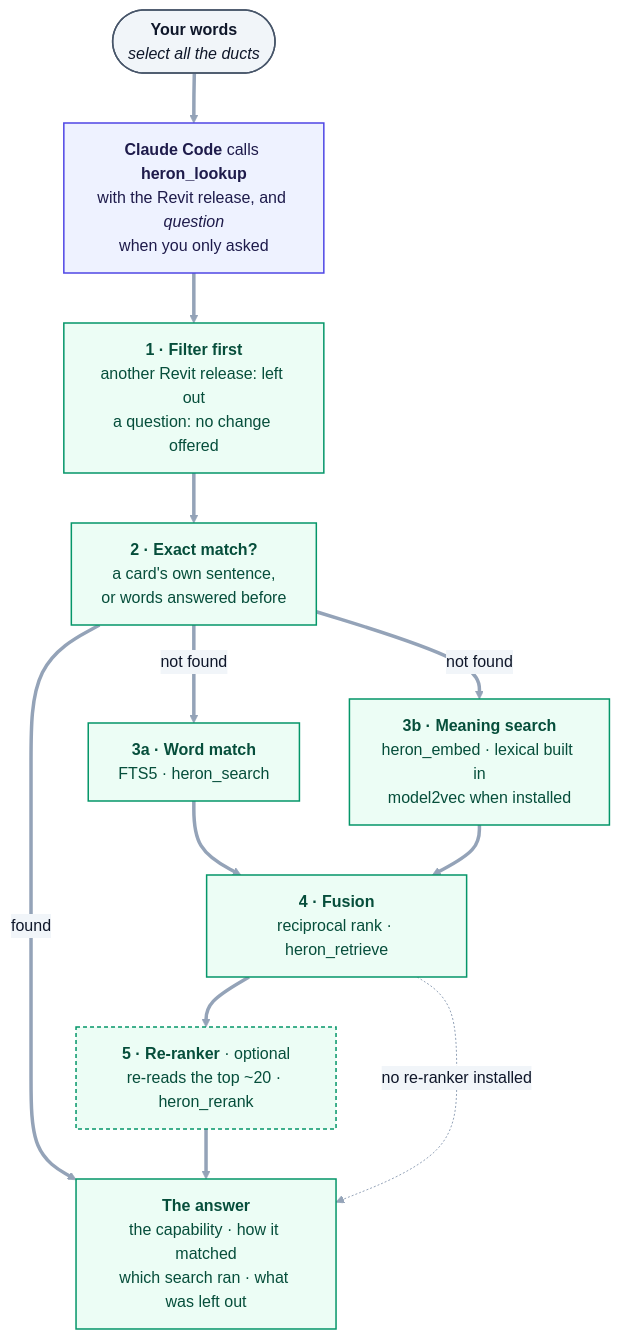
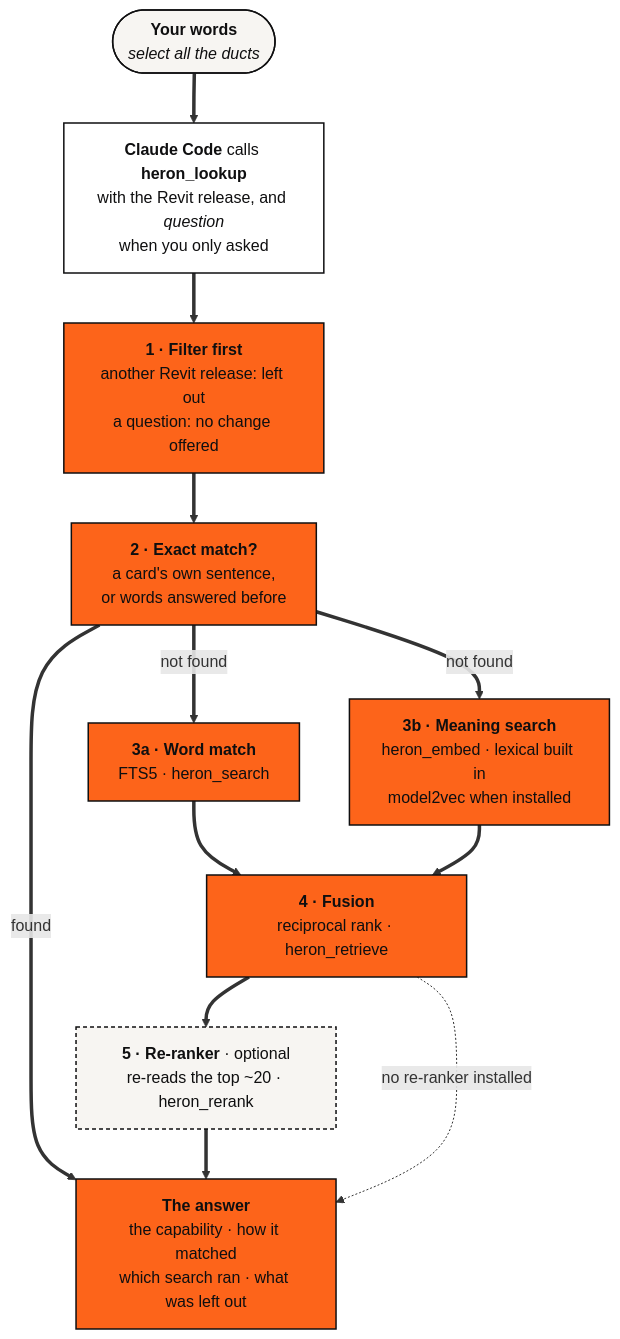
Before and after one commit to Ajmalpshaik/Heron-AI: the second of 2 diagrams in docs/05-heron-brain.md, drawn with Mermaid. The commit also changed other lines of this file and 44 other files, not shown here.

First line of the commit message:
Diagrams in the other docs move to the brand palette (D-149, #1116)

````diff
--- a/docs/05-heron-brain.md
+++ b/docs/05-heron-brain.md
@@ -145,30 +144,29 @@
 ```mermaid
-%%{init: {"themeVariables": {"edgeLabelBackground":"#F1F5F9","lineColor":"#94A3B8","textColor":"#0F172A","tertiaryTextColor":"#0F172A"}}}%%
 flowchart TD
     W(["<b>Your words</b><br/><i>select all the ducts</i>"])
     CC["<b>Claude Code</b> calls <b>heron_lookup</b><br/>with the Revit release, and <i>question</i><br/>when you only asked"]
     F["<b>1 · Filter first</b><br/>another Revit release: left out<br/>a question: no change offered"]
     X["<b>2 · Exact match?</b><br/>a card's own sentence,<br/>or words answered before"]
     KW["<b>3a · Word match</b><br/>FTS5 · heron_search"]
     MN["<b>3b · Meaning search</b><br/>heron_embed · lexical built in<br/>model2vec when installed"]
     FU["<b>4 · Fusion</b><br/>reciprocal rank · heron_retrieve"]
     RR["<b>5 · Re-ranker</b> · optional<br/>re-reads the top ~20 · heron_rerank"]
     AN["<b>The answer</b><br/>the capability · how it matched<br/>which search ran · what was left out"]
 
     W ==> CC ==> F ==> X
     X ==>|found| AN
     X ==>|not found| KW & MN
     KW ==> FU
     MN ==> FU
     FU ==> RR ==> AN
     FU -.->|no re-ranker installed| AN
 
-    classDef user fill:#F1F5F9,stroke:#475569,stroke-width:1.5px,color:#0F172A
-    classDef host fill:#EEF2FF,stroke:#4F46E5,stroke-width:1.5px,color:#1E1B4B
-    classDef brain fill:#ECFDF5,stroke:#059669,stroke-width:1.5px,color:#064E3B
-    classDef search fill:#ECFDF5,stroke:#059669,stroke-width:1.5px,color:#064E3B,stroke-dasharray:4 3
+    classDef user fill:#F7F5F2,stroke:#0F0F10,stroke-width:1.5px,color:#0F0F10
+    classDef host fill:#FFFFFF,stroke:#0F0F10,stroke-width:1.5px,color:#0F0F10
+    classDef brain fill:#FD641A,stroke:#0F0F10,stroke-width:1.5px,color:#0F0F10
+    classDef search fill:#F7F5F2,stroke:#0F0F10,stroke-width:1.5px,color:#0F0F10,stroke-dasharray:4 3
     class W user
     class CC host
     class F,X,KW,MN,FU,AN brain
     class RR search
 ```
````
